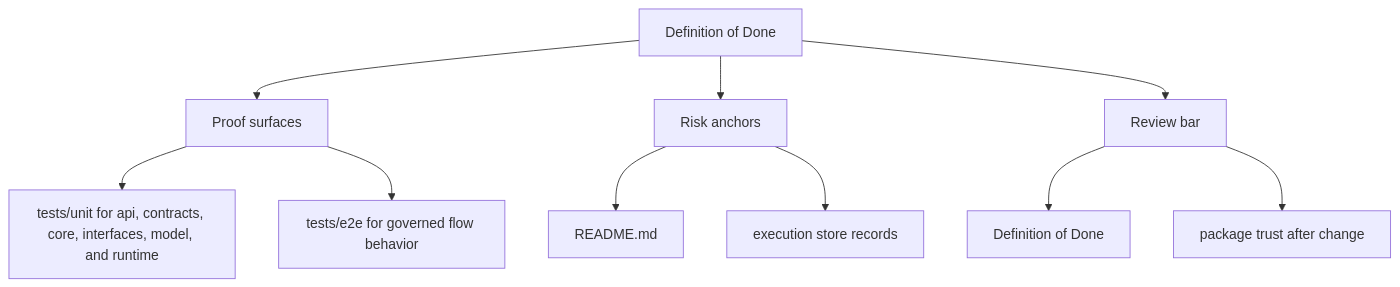
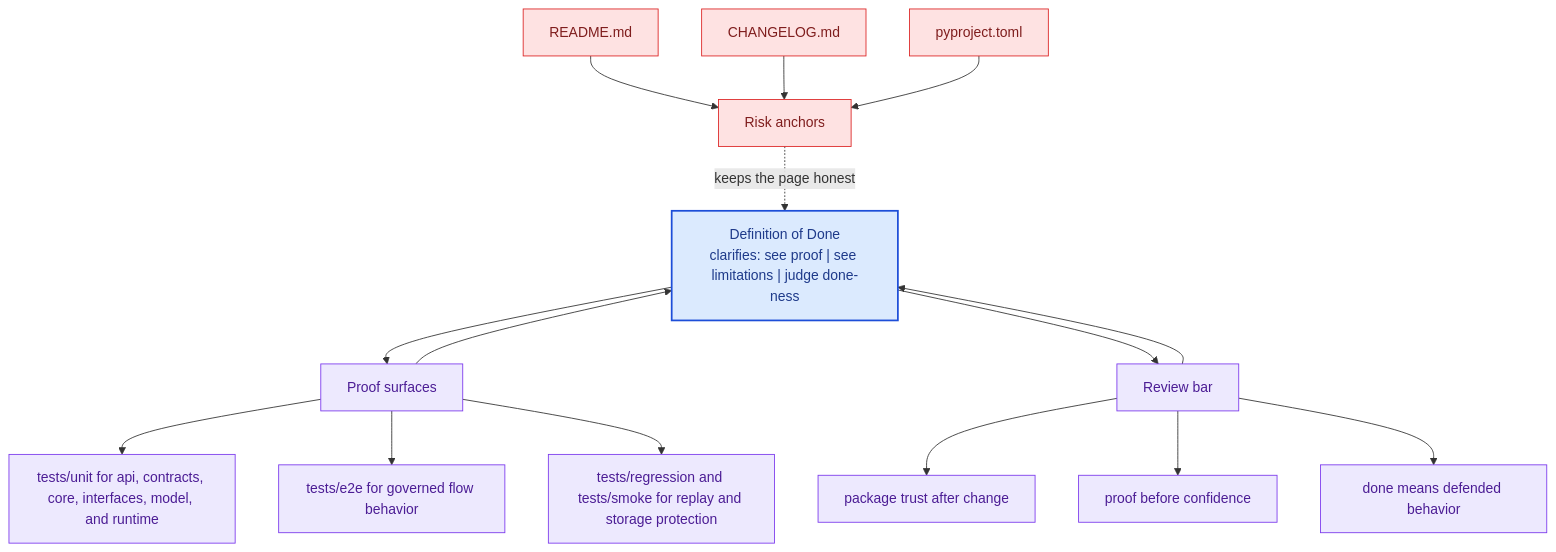
The second of 2 diagrams in docs/bijux-canon-runtime/quality/definition-of-done.md (bijux/bijux-canon), drawn with Mermaid before and after one commit. The commit also changed other lines of this file and 281 other files, not shown here.

Commit message:
docs(diagrams): deepen handbook mermaid maps across the catalog

````diff
--- a/docs/bijux-canon-runtime/quality/definition-of-done.md
+++ b/docs/bijux-canon-runtime/quality/definition-of-done.md
@@ -34,22 +67,41 @@
 ```mermaid
-flowchart TD
-    page["Definition of Done"]
+flowchart TB
+    promise["Definition of Done<br/>clarifies: see proof | see limitations | judge done-ness"]
+    classDef promise fill:#dbeafe,stroke:#1d4ed8,color:#1e3a8a,stroke-width:2px;
+    classDef driver fill:#dcfce7,stroke:#16a34a,color:#14532d;
+    classDef constraint fill:#fee2e2,stroke:#dc2626,color:#7f1d1d;
+    classDef ground fill:#ede9fe,stroke:#7c3aed,color:#4c1d95;
     focus1["Proof surfaces"]
-    page --> focus1
+    focus1 --> promise
+    promise --> focus1
     focus1_1["tests/unit for api, contracts, core, interfaces, model, and runtime"]
     focus1 --> focus1_1
     focus1_2["tests/e2e for governed flow behavior"]
     focus1 --> focus1_2
+    focus1_3["tests/regression and tests/smoke for replay and storage protection"]
+    focus1 --> focus1_3
+    class focus1 ground;
+    class focus1_1,focus1_2,focus1_3 ground;
     focus2["Risk anchors"]
-    page --> focus2
+    focus2 -.keeps the page honest.-> promise
     focus2_1["README.md"]
-    focus2 --> focus2_1
-    focus2_2["execution store records"]
-    focus2 --> focus2_2
+    focus2_1 --> focus2
+    focus2_2["CHANGELOG.md"]
+    focus2_2 --> focus2
+    focus2_3["pyproject.toml"]
+    focus2_3 --> focus2
+    class focus2 constraint;
+    class focus2_1,focus2_2,focus2_3 constraint;
     focus3["Review bar"]
-    page --> focus3
-    focus3_1["Definition of Done"]
+    focus3 --> promise
+    promise --> focus3
+    focus3_1["package trust after change"]
     focus3 --> focus3_1
-    focus3_2["package trust after change"]
+    focus3_2["proof before confidence"]
     focus3 --> focus3_2
+    focus3_3["done means defended behavior"]
+    focus3 --> focus3_3
+    class focus3 ground;
+    class focus3_1,focus3_2,focus3_3 ground;
+    class promise promise;
 ```
````
